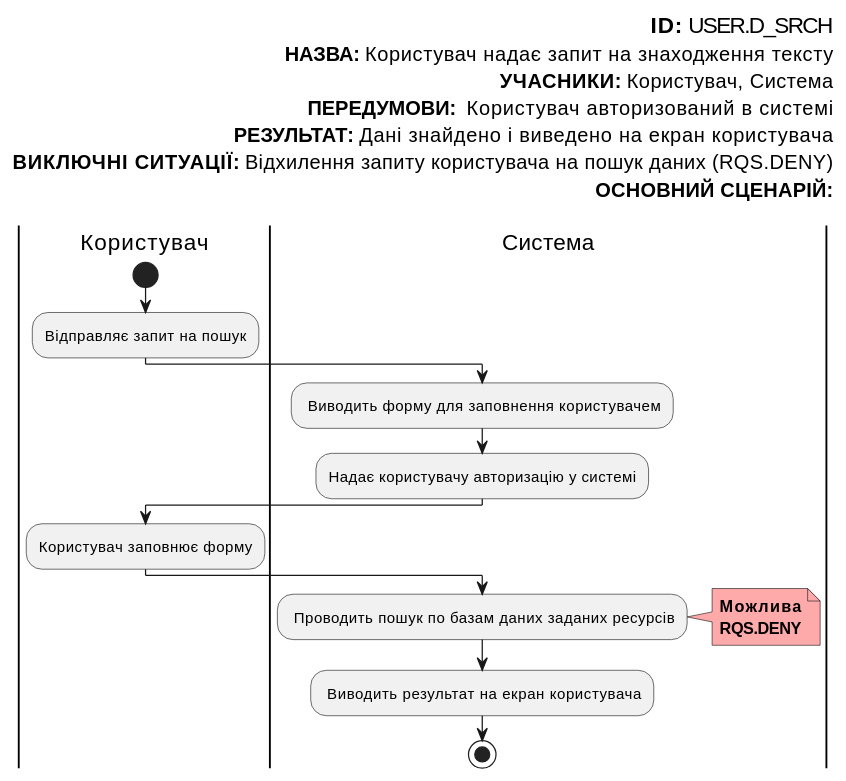
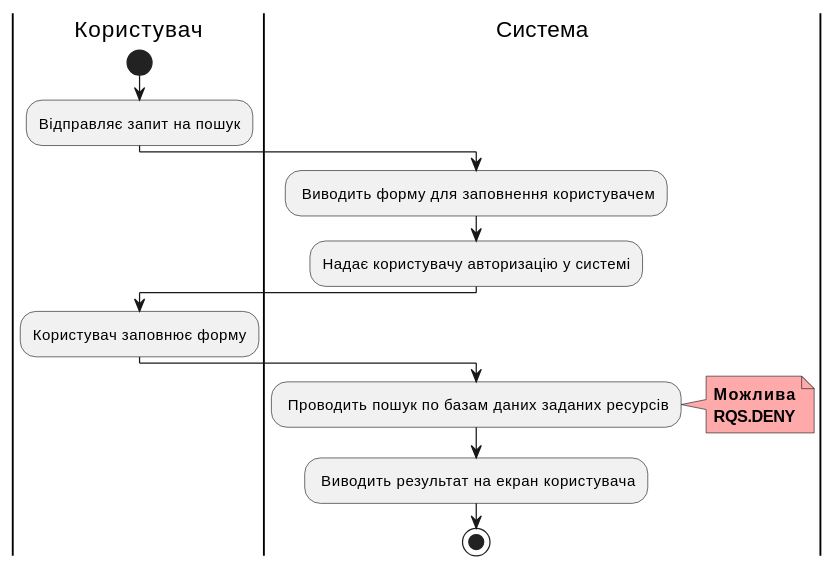
Before and after one commit to boldak/edu-db-cw: the fifth of 16 diagrams in docs/use cases/README.md, drawn with PlantUML. The commit also changed other lines of this file, not shown here.

```diff
--- a/docs/use cases/README.md
+++ b/docs/use cases/README.md
@@ -146,42 +148,31 @@
 @startuml
-
-left header
-  <font color=000 size=18><b>ID:</b> USER.D_SRCH
-  <font color=000 size=16><b>НАЗВА:</b> Користувач надає запит на знаходження тексту
-  <font color=000 size=16><b>УЧАСНИКИ:</b> Користувач, Система
-  <font color=000 size=16><b>ПЕРЕДУМОВИ:</b>  Користувач авторизований в системі
-  <font color=000 size=16><b>РЕЗУЛЬТАТ:</b> Дані знайдено і виведено на екран користувача
-  <font color=000 size=16><b>ВИКЛЮЧНІ СИТУАЦІЇ:</b> Відхилення запиту користувача на пошук даних (RQS.DENY)
-  <font color=000 size=16><b>ОСНОВНИЙ СЦЕНАРІЙ:</b>
-
-end header
 
 |Користувач|
     start
     :Відправляє запит на пошук;
 
 
 
 |Система|
     : Виводить форму для заповнення користувачем;
 
 
 
 
 
 
     :Надає користувачу авторизацію у системі;
 |Користувач|           
     :Користувач заповнює форму;
 
 |Система|
     : Проводить пошук по базам даних заданих ресурсів;
 note right #ffaaaa
     <b>Можлива</b>
     <b>RQS.DENY</b>
     end note
 
 |Система|
     : Виводить результат на екран користувача;
     stop;
 @enduml
```
